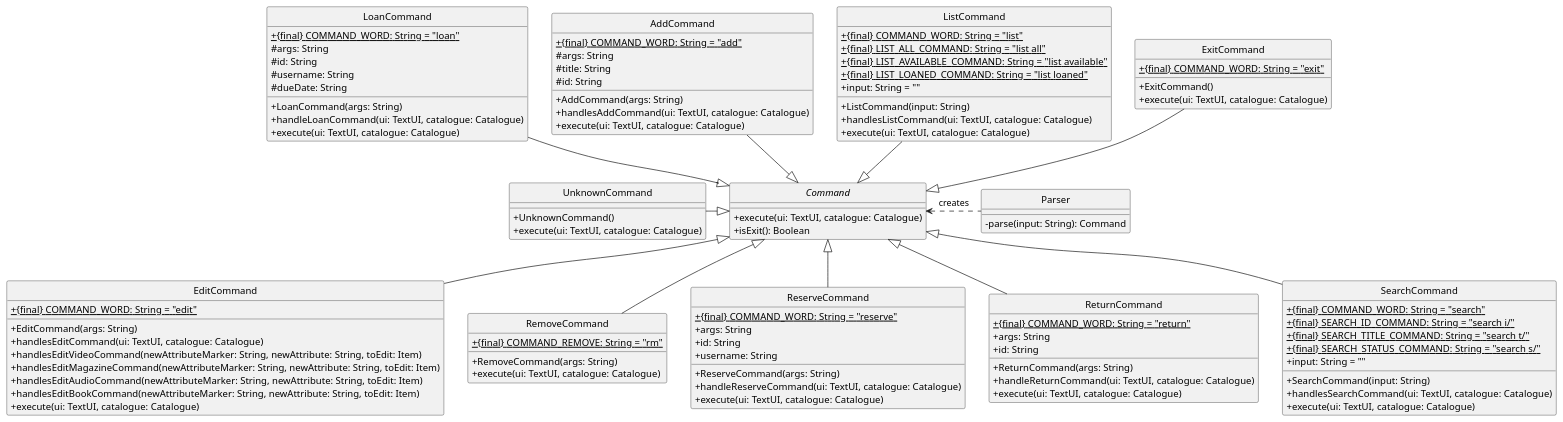
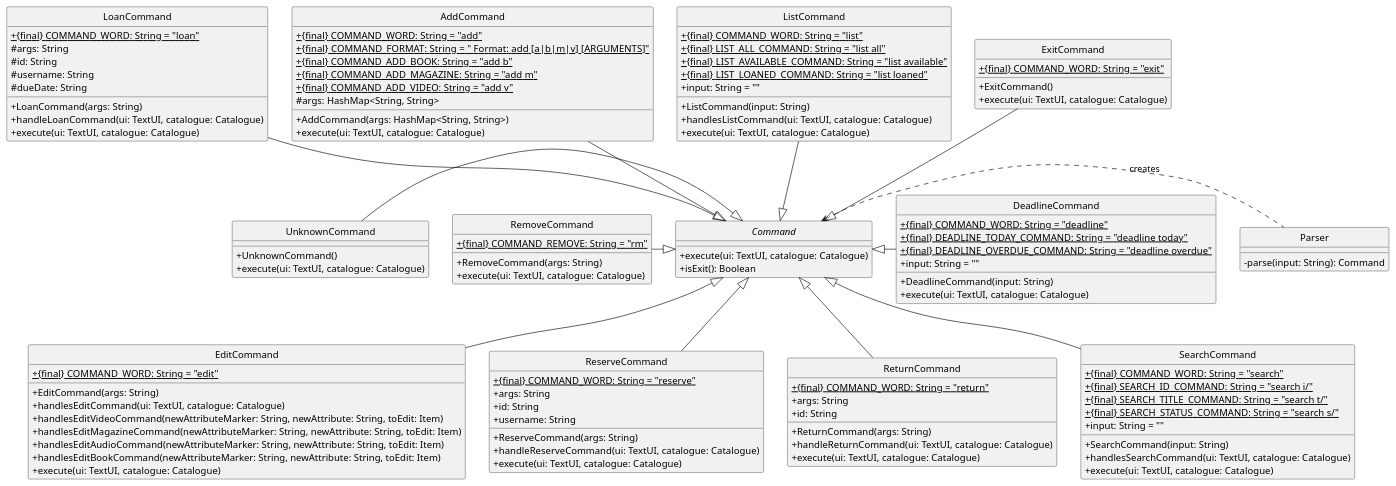
The diagram in docs/diagrams/ParserAndCommandClassDiagram.puml (nus-cs2113-AY2122S1/tp), drawn with PlantUML before and after one commit.

Commit message:
Update Parser and Command Class Diagram

```diff
--- a/docs/diagrams/ParserAndCommandClassDiagram.puml
+++ b/docs/diagrams/ParserAndCommandClassDiagram.puml
@@ -1,120 +1,131 @@
 @startuml
 'https://plantuml.com/class-diagram
 
 hide circle
 skinparam classAttributeIconSize 0
 
 Command <|-up- ExitCommand
 Command <|-up- ListCommand
 Command <|-up- AddCommand
 Command <|-up- LoanCommand
 Command <|-- EditCommand
-Command <|-- RemoveCommand
+Command <|-left- RemoveCommand
 Command <|-- ReserveCommand
 Command <|-- ReturnCommand
 Command <|-- SearchCommand
 Command <|-left- UnknownCommand
 Command <.right. Parser: creates
+Command <|-right- DeadlineCommand
 
 class Parser {
 - parse(input: String): Command
 }
 
 abstract class Command {
 + execute(ui: TextUI, catalogue: Catalogue)
 + isExit(): Boolean
 }
 
 class AddCommand {
 + {static} {final} COMMAND_WORD: String = "add"
-# args: String
-# title: String
-# id: String
-+ AddCommand(args: String)
-+ handlesAddCommand(ui: TextUI, catalogue: Catalogue)
++ {static} {final} COMMAND_FORMAT: String = "  Format: add [a|b|m|v] [ARGUMENTS]"
++ {static} {final} COMMAND_ADD_BOOK: String = "add b"
++ {static} {final} COMMAND_ADD_MAGAZINE: String = "add m"
++ {static} {final} COMMAND_ADD_VIDEO: String = "add v"
+# args: HashMap<String, String>
++ AddCommand(args: HashMap<String, String>)
 + execute(ui: TextUI, catalogue: Catalogue)
 }
 
 class EditCommand {
 + {static} {final} COMMAND_WORD: String = "edit"
 + EditCommand(args: String)
 + handlesEditCommand(ui: TextUI, catalogue: Catalogue)
 + handlesEditVideoCommand(newAttributeMarker: String, newAttribute: String, toEdit: Item)
 + handlesEditMagazineCommand(newAttributeMarker: String, newAttribute: String, toEdit: Item)
 + handlesEditAudioCommand(newAttributeMarker: String, newAttribute: String, toEdit: Item)
 + handlesEditBookCommand(newAttributeMarker: String, newAttribute: String, toEdit: Item)
 + execute(ui: TextUI, catalogue: Catalogue)
 }
 
 class ExitCommand {
 + {static} {final} COMMAND_WORD: String = "exit"
 + ExitCommand()
++ execute(ui: TextUI, catalogue: Catalogue)
+}
+
+class DeadlineCommand {
++ {static} {final} COMMAND_WORD: String = "deadline"
++ {static} {final} DEADLINE_TODAY_COMMAND: String = "deadline today"
++ {static} {final} DEADLINE_OVERDUE_COMMAND: String = "deadline overdue"
++ input: String = ""
++ DeadlineCommand(input: String)
 + execute(ui: TextUI, catalogue: Catalogue)
 }
 
 class ListCommand {
 + {static} {final} COMMAND_WORD: String = "list"
 + {static} {final} LIST_ALL_COMMAND: String = "list all"
 + {static} {final} LIST_AVAILABLE_COMMAND: String = "list available"
 + {static} {final} LIST_LOANED_COMMAND: String = "list loaned"
 + input: String = ""
 + ListCommand(input: String)
 + handlesListCommand(ui: TextUI, catalogue: Catalogue)
 + execute(ui: TextUI, catalogue: Catalogue)
 }
 
 class LoanCommand {
 + {static} {final} COMMAND_WORD: String = "loan"
 # args: String
 # id: String
 # username: String
 # dueDate: String
 + LoanCommand(args: String)
 + handleLoanCommand(ui: TextUI, catalogue: Catalogue)
 + execute(ui: TextUI, catalogue: Catalogue)
 }
 
 class RemoveCommand {
 + {static} {final} COMMAND_REMOVE: String = "rm"
 + RemoveCommand(args: String)
 + execute(ui: TextUI, catalogue: Catalogue)
 }
 
 class ReserveCommand {
 + {static} {final} COMMAND_WORD: String = "reserve"
 + args: String
 + id: String
 + username: String
 + ReserveCommand(args: String)
 + handleReserveCommand(ui: TextUI, catalogue: Catalogue)
 + execute(ui: TextUI, catalogue: Catalogue)
 
 }
 
 class ReturnCommand {
 + {static} {final} COMMAND_WORD: String = "return"
 + args: String
 + id: String
 + ReturnCommand(args: String)
 + handleReturnCommand(ui: TextUI, catalogue: Catalogue)
 + execute(ui: TextUI, catalogue: Catalogue)
 }
 
 class SearchCommand {
 + {static} {final} COMMAND_WORD: String = "search"
 + {static} {final} SEARCH_ID_COMMAND: String = "search i/"
 + {static} {final} SEARCH_TITLE_COMMAND: String = "search t/"
 + {static} {final} SEARCH_STATUS_COMMAND: String = "search s/"
 + input: String = ""
 + SearchCommand(input: String)
 + handlesSearchCommand(ui: TextUI, catalogue: Catalogue)
 + execute(ui: TextUI, catalogue: Catalogue)
 }
 
 class UnknownCommand {
 + UnknownCommand()
 + execute(ui: TextUI, catalogue: Catalogue)
 }
 
 
 @enduml
```
